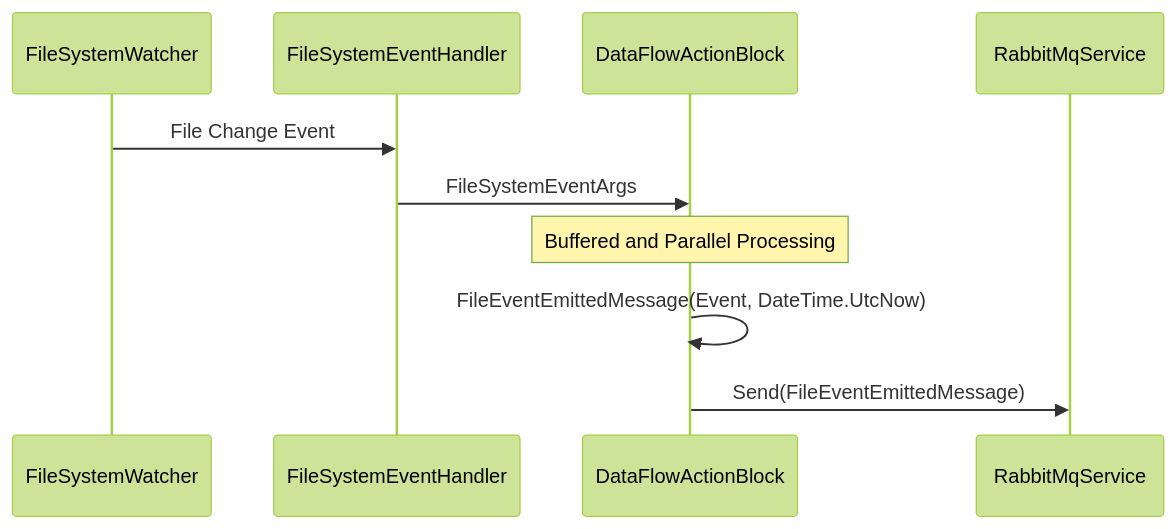
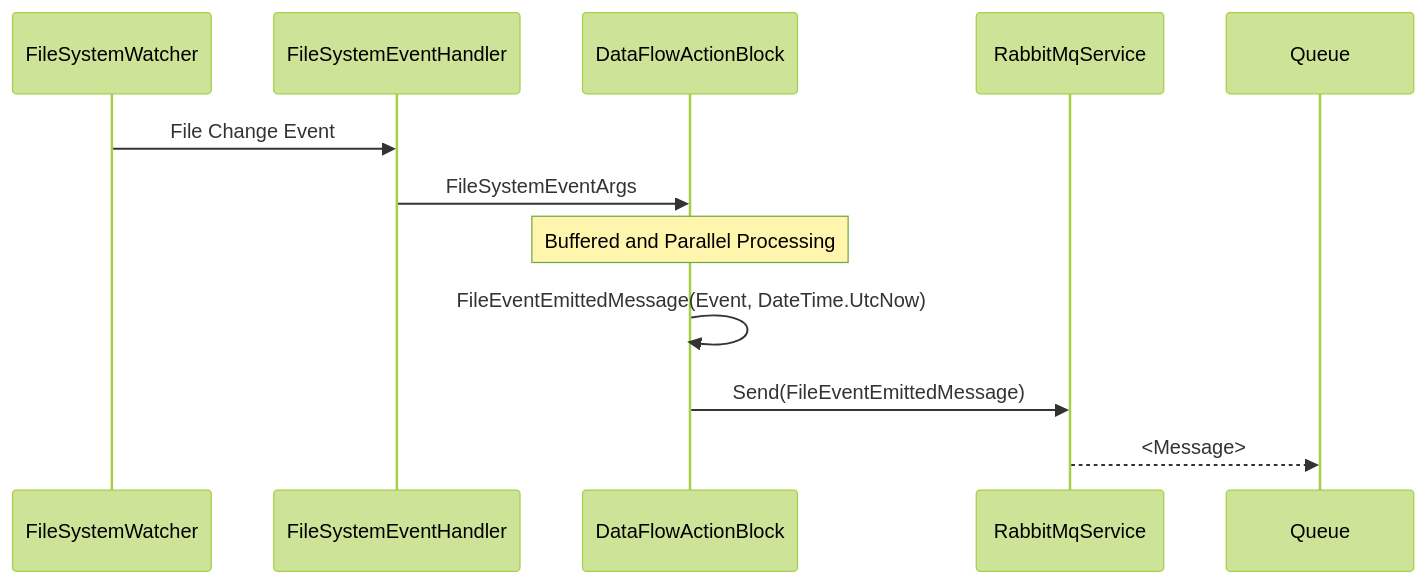
One commit to JakePathFinder/FolderMonitor changed the third of 4 diagrams in README.md. Above: the diagram before and after it, drawn with Mermaid (forest theme). The commit also changed other lines of this file, not shown here.

````diff
--- a/README.md
+++ b/README.md
@@ -288,13 +275,15 @@
 ```mermaid
 sequenceDiagram
     participant FileSystemWatcher as FileSystemWatcher
     participant FileSystemEventHandler as FileSystemEventHandler
     participant DataFlowActionBlock as DataFlowActionBlock
     participant RabbitMqService as RabbitMqService
+    participant Queue as Queue
 
     FileSystemWatcher->>FileSystemEventHandler: File Change Event
     FileSystemEventHandler->>DataFlowActionBlock: FileSystemEventArgs
     Note over DataFlowActionBlock: Buffered and Parallel Processing
     DataFlowActionBlock->>DataFlowActionBlock: FileEventEmittedMessage(Event, DateTime.UtcNow)
     DataFlowActionBlock->>RabbitMqService: Send(FileEventEmittedMessage)
+    RabbitMqService-->>Queue: <Message>
 ```
````
